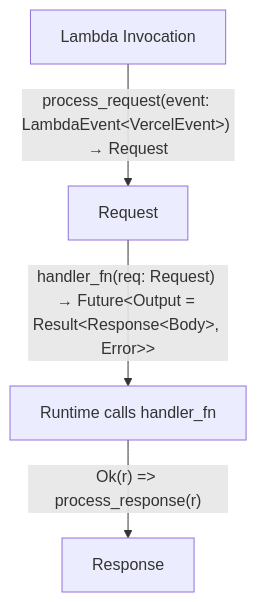
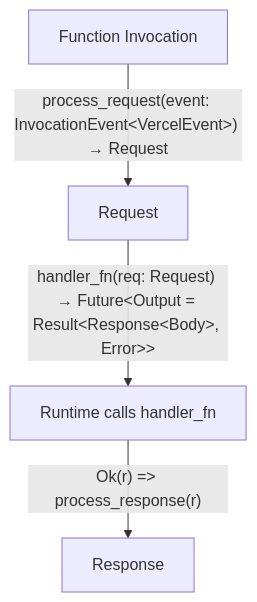
The diagram in README.md (vercel-community/rust), drawn with Mermaid before and after one commit. The commit also changed other lines of this file and 1 other file, not shown here.

````diff
--- a/README.md
+++ b/README.md
@@ -142,6 +171,6 @@
 ```mermaid
 graph TD
-    A["Lambda Invocation"] --> |"process_request(event: LambdaEvent&lt;VercelEvent&gt;) → Request"| B[Request]
+    A["Function Invocation"] --> |"process_request(event: InvocationEvent&lt;VercelEvent&gt;) → Request"| B[Request]
     B --> |"handler_fn(req: Request) → Future&lt;Output = Result&lt;Response&lt;Body&gt;, Error&gt;&gt;"| C["Runtime calls handler_fn"]
     C --> |"Ok(r) => process_response(r)"| D["Response"]
 ```
````
